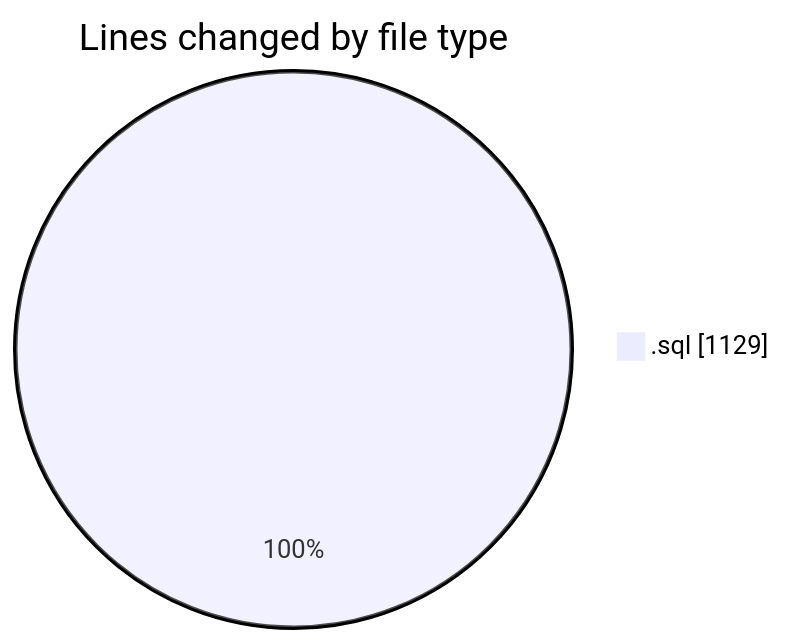
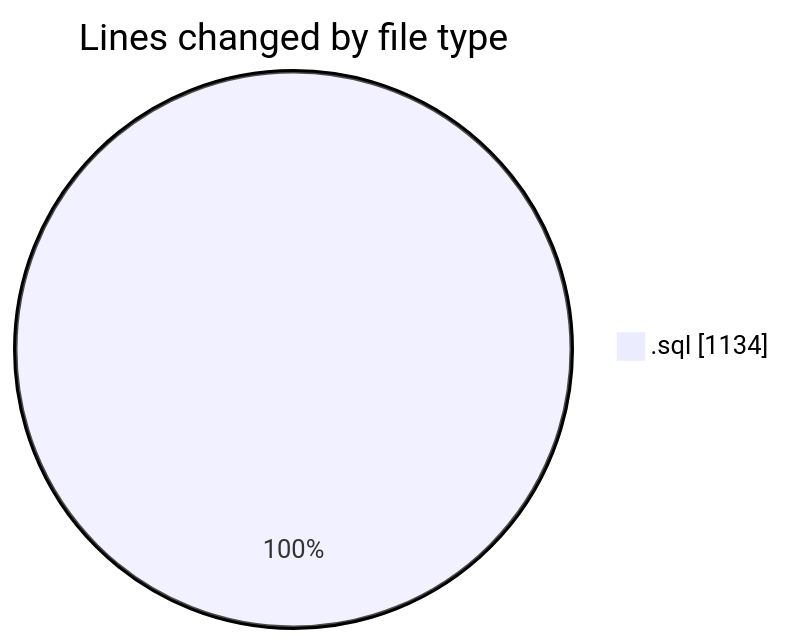
One commit to momahboobian/code-tracking changed the first of 2 diagrams in 2026-05-21/cda-devops-infrastructure/README.md. Above: the diagram before and after it, drawn with Mermaid. The commit also changed other lines of this file and 1 other file, not shown here.

````diff
--- a/2026-05-21/cda-devops-infrastructure/README.md
+++ b/2026-05-21/cda-devops-infrastructure/README.md
@@ -20,5 +20,5 @@
 ```mermaid
 pie showData
 title Lines changed by file type
-".sql" : 1129
+".sql" : 1134
 ```
````
